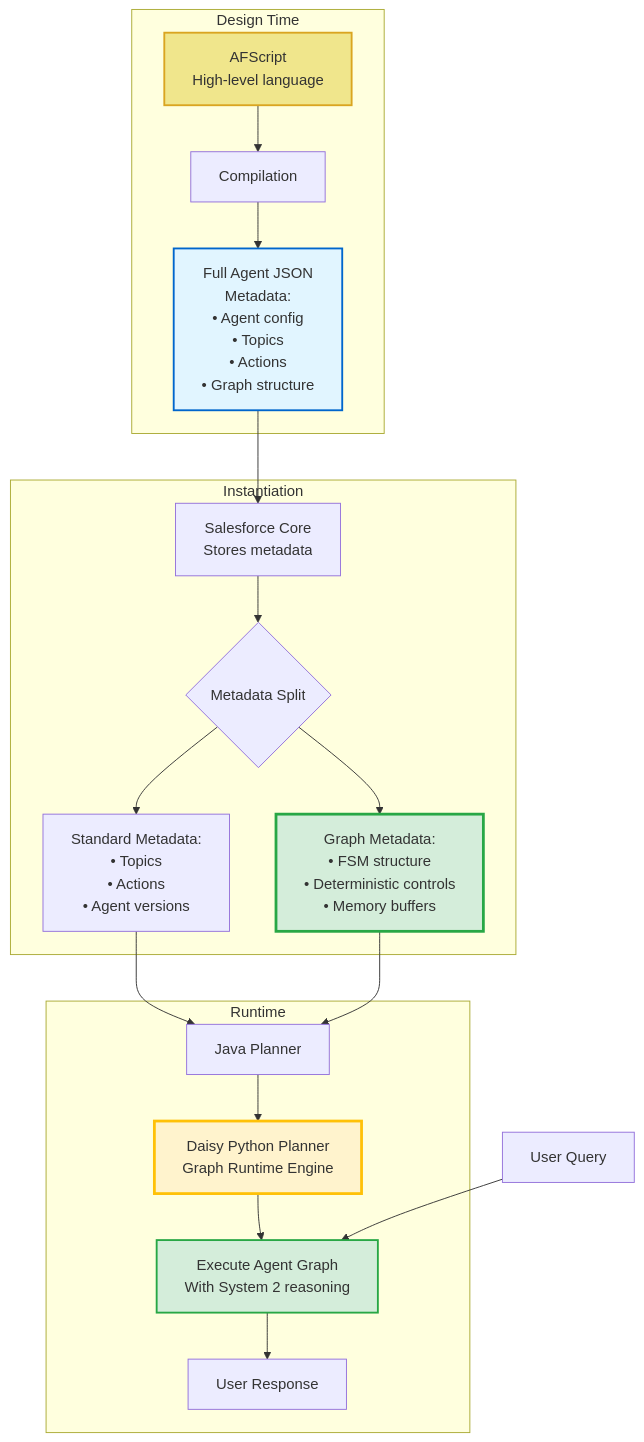
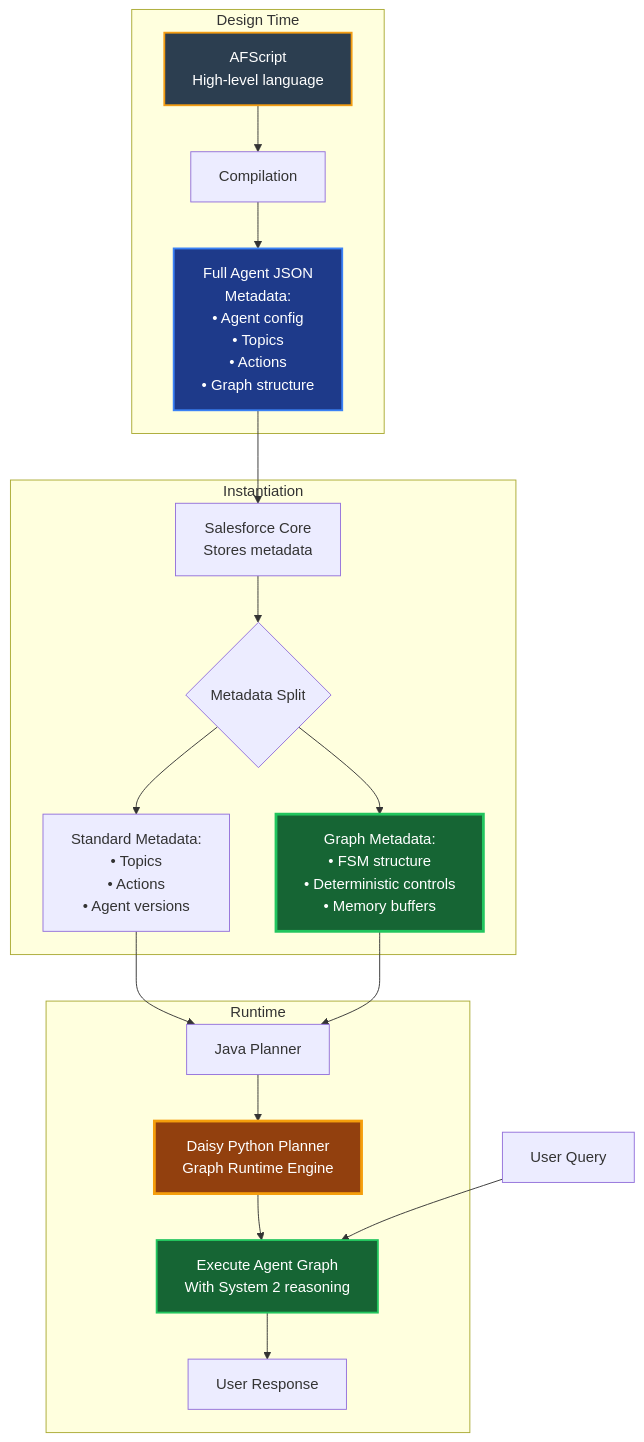
The first of 16 diagrams in agentforce/agent-graph/README_Agentforce_Graph_Architecture_Flow.md (arupsarkar-sfdc/Misc), drawn with Mermaid before and after one commit. The commit also changed other lines of this file and 4 other files, not shown here.

Commit message:
feat: addred segmentation logic and updated process diagrams and sequence diagram with dark mode colors and sequence steps

````diff
--- a/agentforce/agent-graph/README_Agentforce_Graph_Architecture_Flow.md
+++ b/agentforce/agent-graph/README_Agentforce_Graph_Architecture_Flow.md
@@ -20,31 +20,31 @@
 ```mermaid
 graph TB
     subgraph "Design Time"
         AF[AFScript<br/>High-level language]
         AF --> Compile[Compilation]
         Compile --> JSON[Full Agent JSON<br/>Metadata:<br/>• Agent config<br/>• Topics<br/>• Actions<br/>• Graph structure]
     end
     
     subgraph "Instantiation"
         JSON --> Core[Salesforce Core<br/>Stores metadata]
         Core --> Split{Metadata Split}
         Split --> Standard[Standard Metadata:<br/>• Topics<br/>• Actions<br/>• Agent versions]
         Split --> Graph[Graph Metadata:<br/>• FSM structure<br/>• Deterministic controls<br/>• Memory buffers]
     end
     
     subgraph "Runtime"
         Standard --> Java[Java Planner]
         Graph --> Java
         Java --> Daisy[Daisy Python Planner<br/>Graph Runtime Engine]
         Daisy --> Execute[Execute Agent Graph<br/>With System 2 reasoning]
         Execute --> Response[User Response]
     end
     
     User[User Query] --> Execute
     
-    style AF fill:#f0e68c,stroke:#daa520,stroke-width:2px
-    style JSON fill:#e1f5ff,stroke:#0066cc,stroke-width:2px
-    style Graph fill:#d4edda,stroke:#28a745,stroke-width:3px
-    style Daisy fill:#fff3cd,stroke:#ffc107,stroke-width:3px
-    style Execute fill:#d4edda,stroke:#28a745,stroke-width:2px
+    style AF fill:#2c3e50,stroke:#f39c12,stroke-width:2px,color:#ffffff
+    style JSON fill:#1e3a8a,stroke:#3b82f6,stroke-width:2px,color:#ffffff
+    style Graph fill:#166534,stroke:#22c55e,stroke-width:3px,color:#ffffff
+    style Daisy fill:#92400e,stroke:#f59e0b,stroke-width:3px,color:#ffffff
+    style Execute fill:#166534,stroke:#22c55e,stroke-width:2px,color:#ffffff
 ```
````
